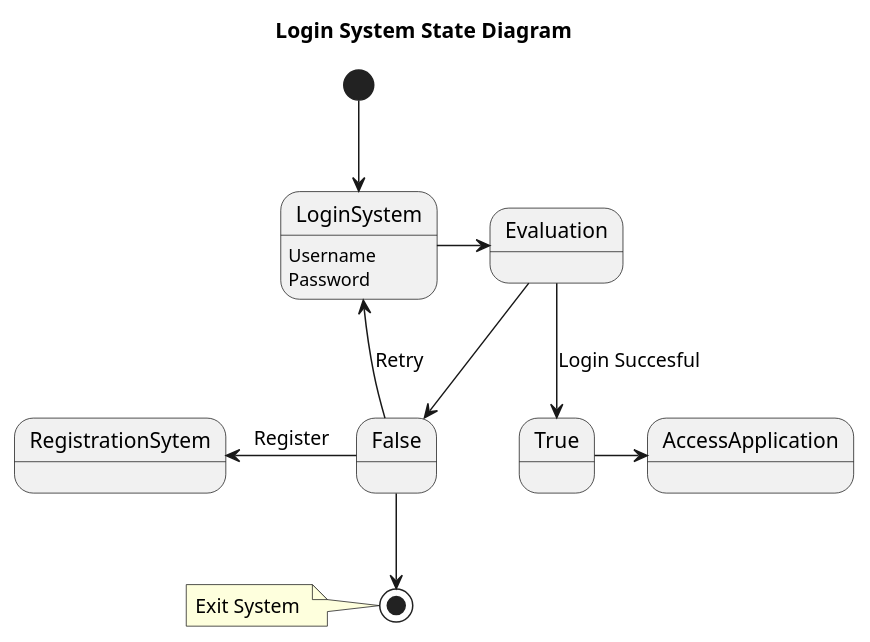
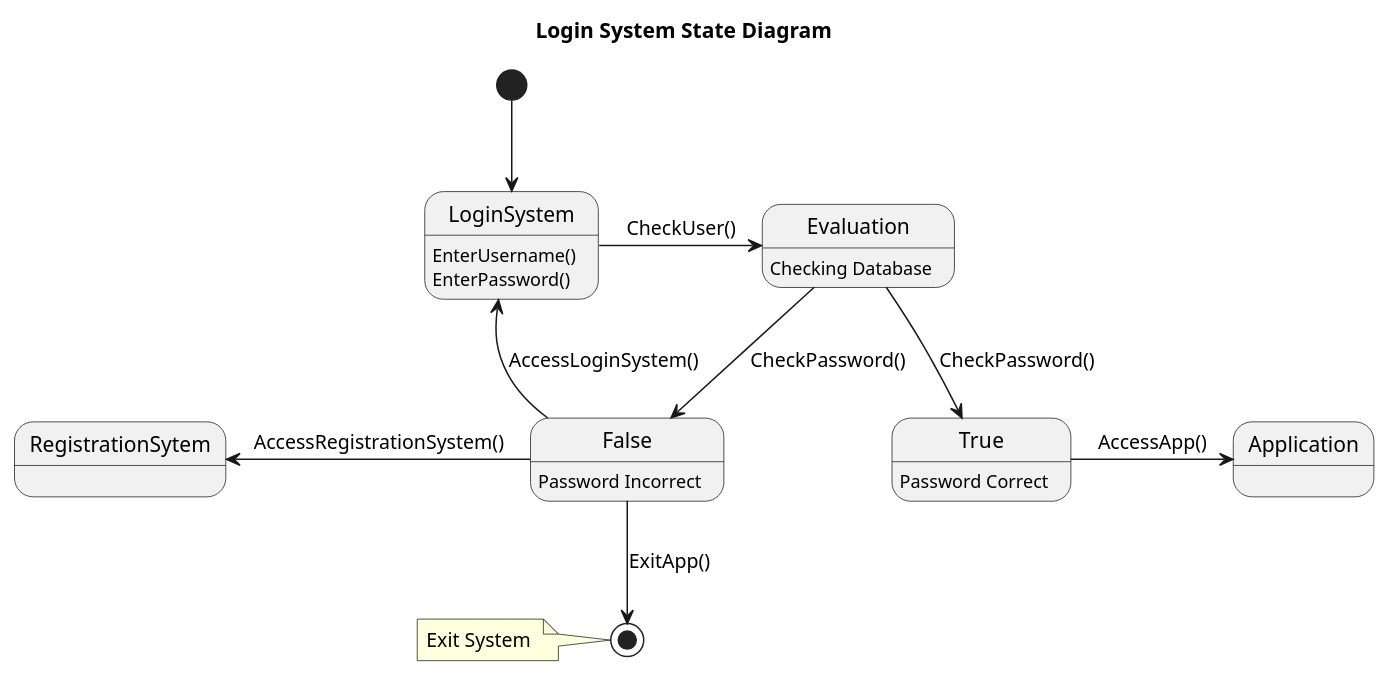
Before and after one commit to ECCE336-100053463/ECCE-336-Project: the diagram in State Diagrams/LoginSystem.plantuml, drawn with PlantUML. The commit also changed 1 other file, not shown here.

Commit message:
Edited State Diagrams

```diff
--- a/State Diagrams/LoginSystem.plantuml
+++ b/State Diagrams/LoginSystem.plantuml
@@ -1,19 +1,22 @@
 @startuml
 
 title Login System State Diagram
 [*] --> LoginSystem
-LoginSystem :Username\nPassword
+LoginSystem :EnterUsername()\nEnterPassword()
+False:Password Incorrect
+True:Password Correct
+Evaluation:Checking Database
 
 
-LoginSystem -> Evaluation
-Evaluation --> True : Login Succesful
-Evaluation --> False
-LoginSystem <-- False : Retry
-RegistrationSytem <- False :Register
-False --> [*]
+LoginSystem -> Evaluation:CheckUser()
+Evaluation --> True : CheckPassword()
+Evaluation --> False:CheckPassword()
+LoginSystem <-- False : AccessLoginSystem()
+RegistrationSytem <- False :AccessRegistrationSystem()
+False --> [*]:ExitApp()
 note left
 Exit System 
 end note
-True -> AccessApplication
+True -> Application:AccessApp()
 
 @enduml
```
